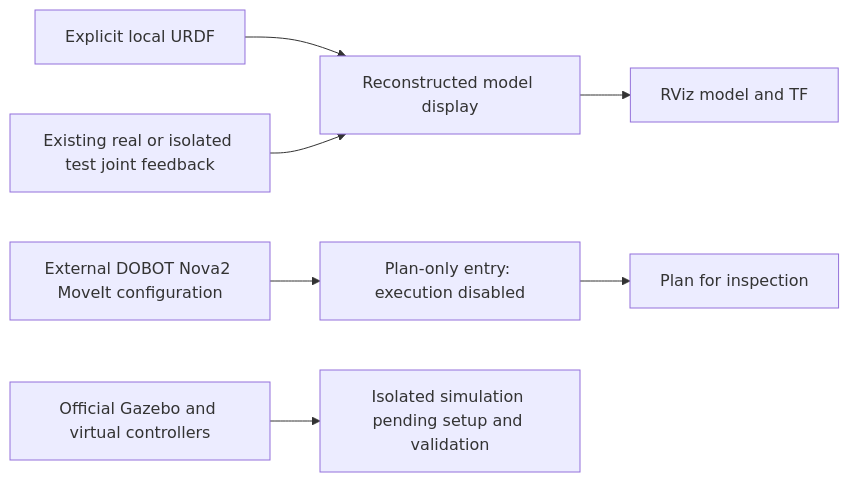
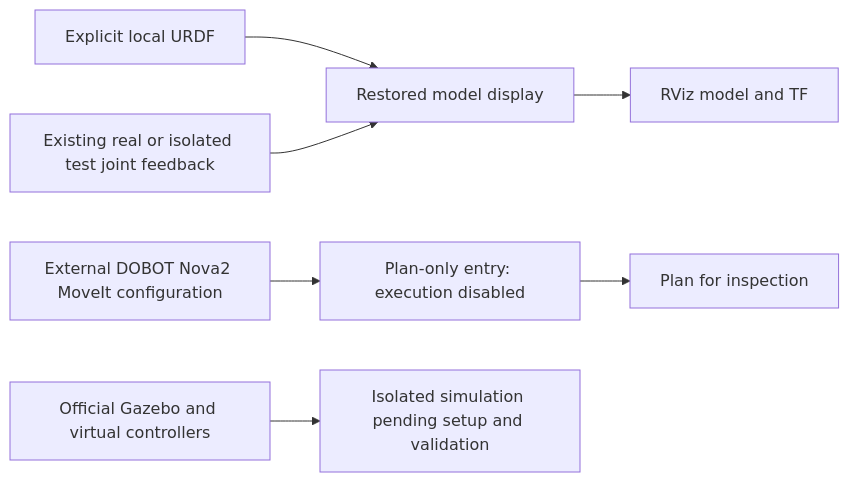
One commit to Pvpproof/autonomous-charging-robot changed the fifth of 5 diagrams in README.en.md. Above: the diagram before and after it, drawn with Mermaid. The commit also changed other lines of this file and 704 other files, not shown here.

````diff
--- a/README.en.md
+++ b/README.en.md
@@ -140,9 +144,9 @@
 ```mermaid
 flowchart LR
-  U[Explicit local URDF] --> M[Reconstructed model display]
+  U[Explicit local URDF] --> M[Restored model display]
   J[Existing real or isolated test joint feedback] --> M
   M --> V[RViz model and TF]
   D[External DOBOT Nova2 MoveIt configuration] --> P[Plan-only entry: execution disabled]
   P --> R[Plan for inspection]
   G[Official Gazebo and virtual controllers] --> S[Isolated simulation pending setup and validation]
 ```
````
